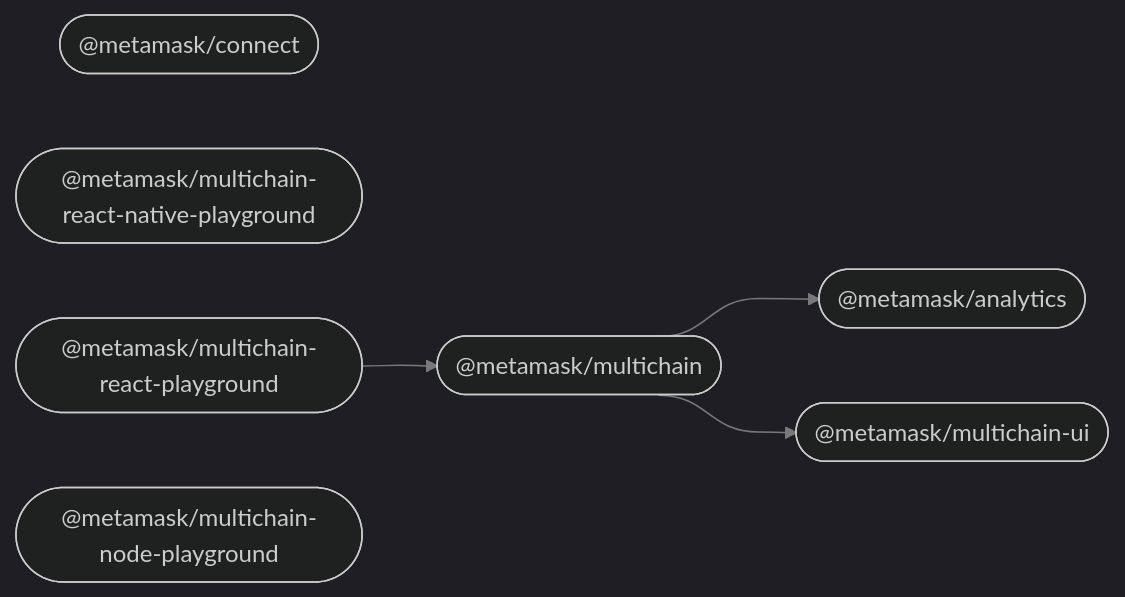
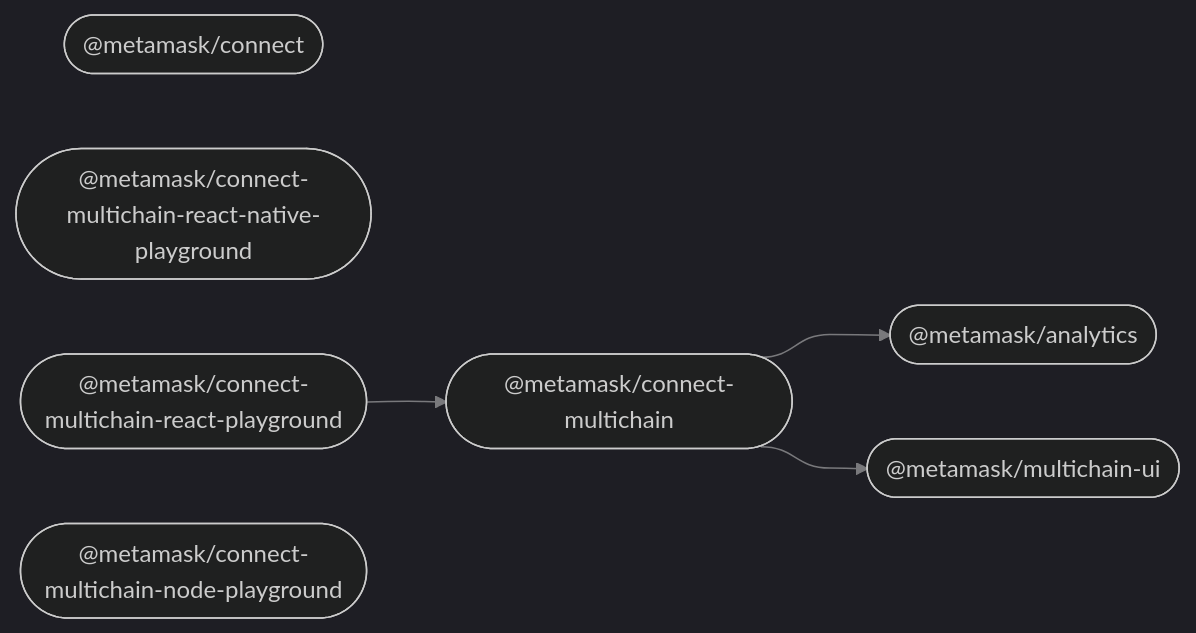
One commit to MetaMask/connect-monorepo changed the diagram in README.md. Above: the diagram before and after it, drawn with Mermaid (dark theme). The commit also changed other lines of this file and 113 other files, not shown here.

Commit message:
rename `@metamask/multichain` to `@metamask/connect-multichain`

````diff
--- a/README.md
+++ b/README.md
@@ -50,15 +50,15 @@
 ```mermaid
 %%{ init: { 'flowchart': { 'curve': 'bumpX' } } }%%
 graph LR;
 linkStyle default opacity:0.5
   analytics(["@metamask/analytics"]);
   connect(["@metamask/connect"]);
-  multichain(["@metamask/multichain"]);
-  multichain_react_native_playground(["@metamask/multichain-react-native-playground"]);
+  connect_multichain(["@metamask/connect-multichain"]);
+  multichain_react_native_playground(["@metamask/connect-multichain-react-native-playground"]);
   multichain_ui(["@metamask/multichain-ui"]);
-  multichain_react_playground(["@metamask/multichain-react-playground"]);
-  multichain_node_playground(["@metamask/multichain-node-playground"]);
-  multichain --> analytics;
-  multichain --> multichain_ui;
-  multichain_react_playground --> multichain;
+  multichain_react_playground(["@metamask/connect-multichain-react-playground"]);
+  multichain_node_playground(["@metamask/connect-multichain-node-playground"]);
+  connect_multichain --> analytics;
+  connect_multichain --> multichain_ui;
+  multichain_react_playground --> connect_multichain;
 ```
````
